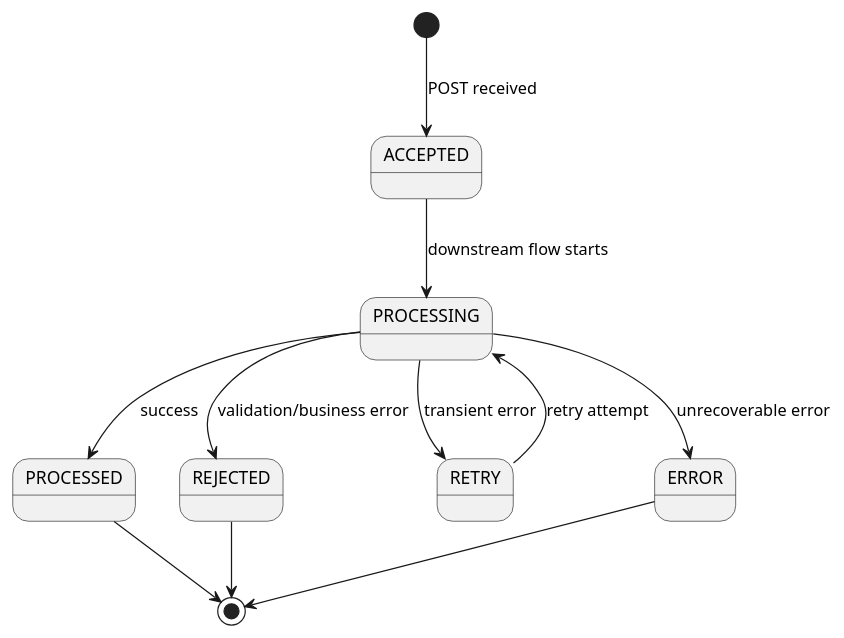
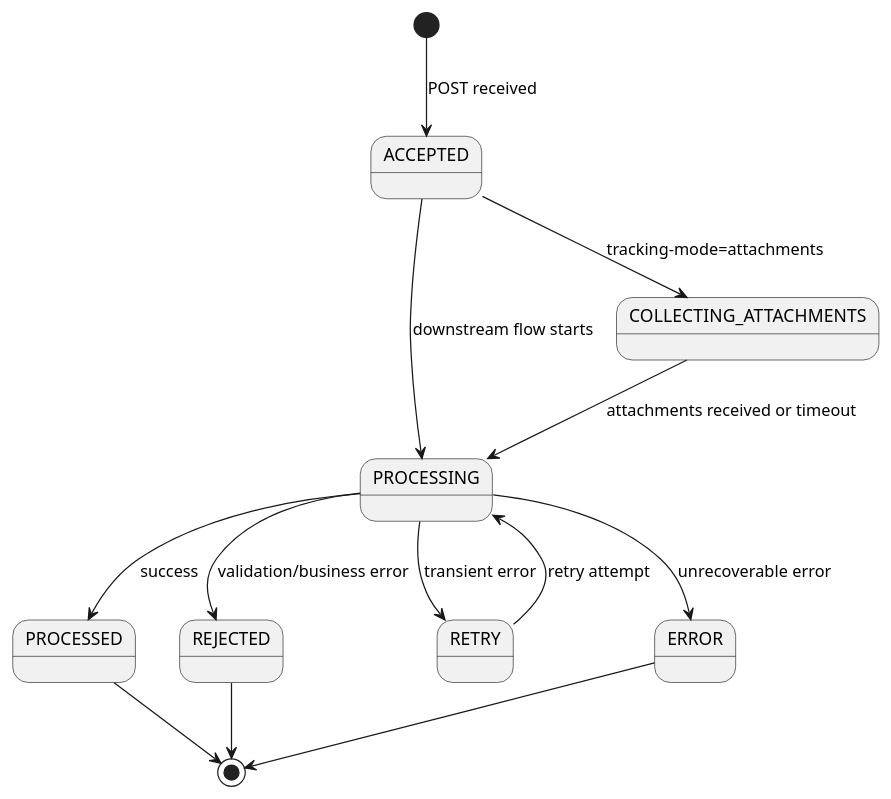
One commit to cuioss/nifi-extensions changed the first of 4 diagrams in doc/reference/request-tracking-architecture.adoc. Above: the diagram before and after it, drawn with PlantUML. The commit also changed other lines of this file and 11 other files, not shown here.

First line of the commit message:
docs: fix formatting, update screenshots, add COLLECTING_ATTACHMENTS status (#279)

```diff
--- a/doc/reference/request-tracking-architecture.adoc
+++ b/doc/reference/request-tracking-architecture.adoc
@@ -18,15 +18,17 @@
 [plantuml]
 ----
 @startuml
 [*] --> ACCEPTED : POST received
 ACCEPTED --> PROCESSING : downstream flow starts
+ACCEPTED --> COLLECTING_ATTACHMENTS : tracking-mode=attachments
+COLLECTING_ATTACHMENTS --> PROCESSING : attachments received or timeout
 PROCESSING --> PROCESSED : success
 PROCESSING --> REJECTED : validation/business error
 PROCESSING --> RETRY : transient error
 PROCESSING --> ERROR : unrecoverable error
 RETRY --> PROCESSING : retry attempt
 PROCESSED --> [*]
 REJECTED --> [*]
 ERROR --> [*]
 @enduml
 ----
```
